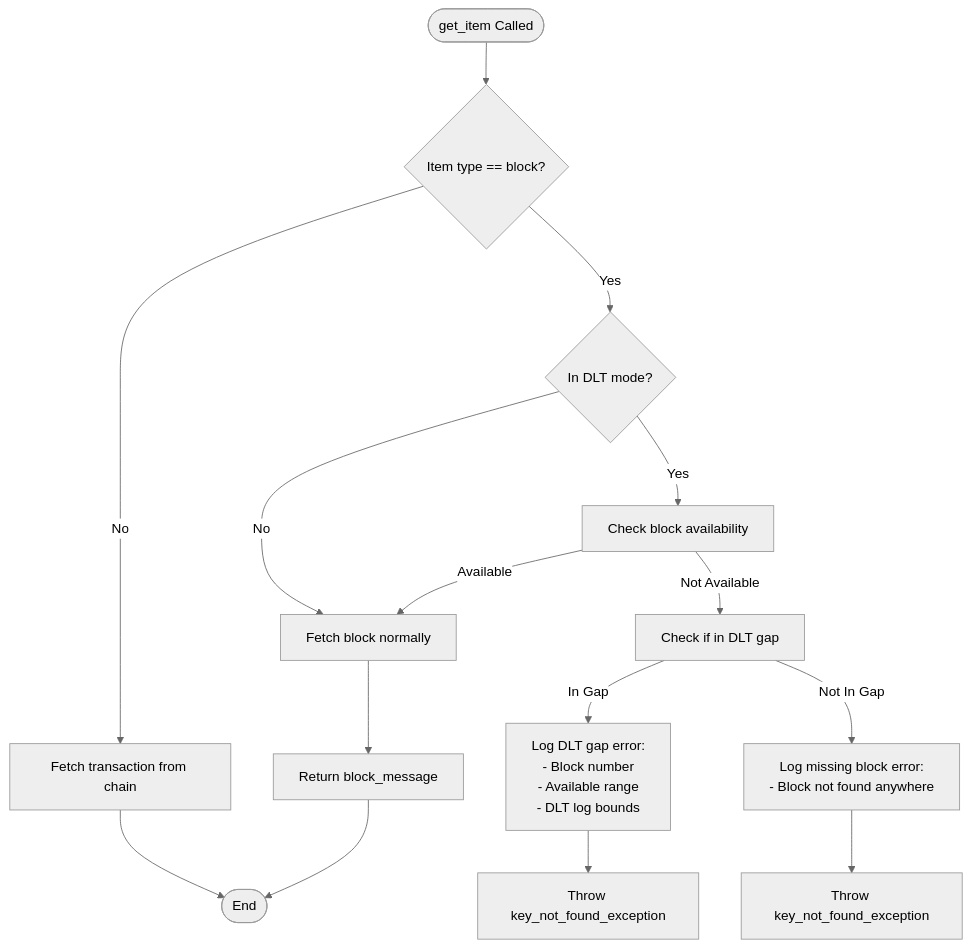
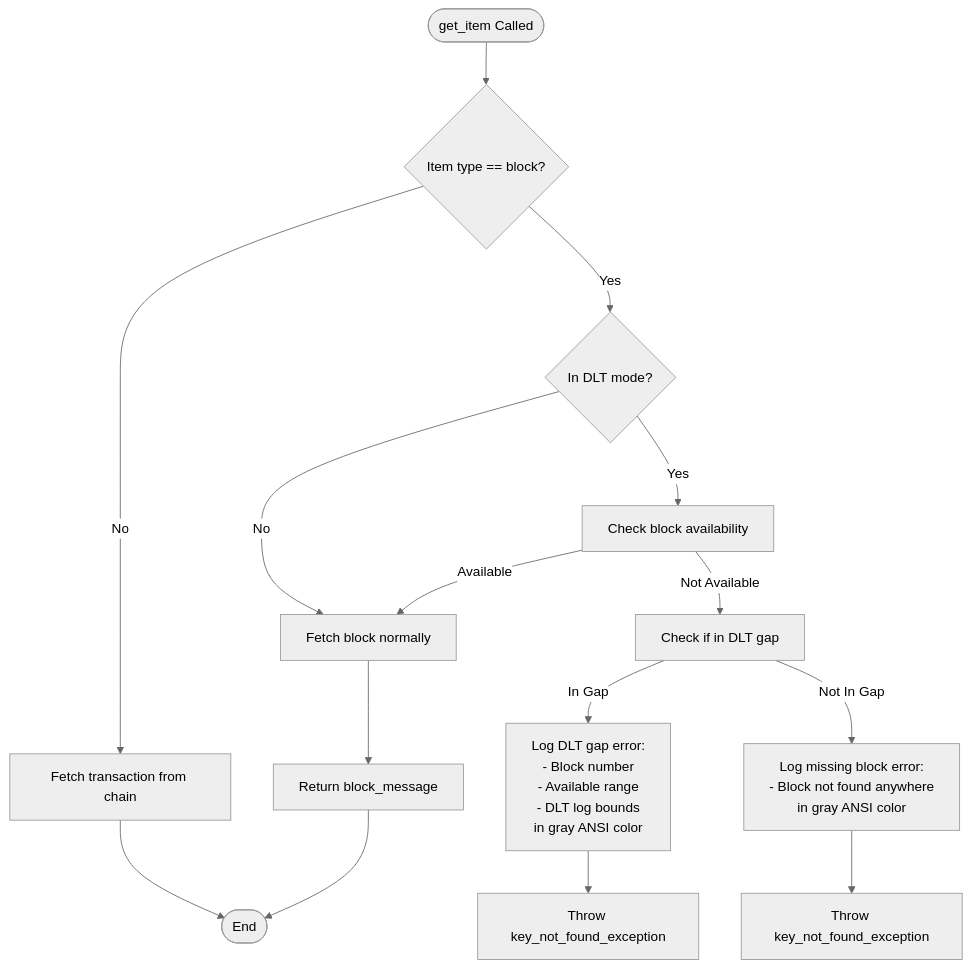
Before and after one commit to VIZ-Blockchain/viz-cpp-node: the tenth of 36 diagrams in .qoder/repowiki/en/content/P2p Plugin.md, drawn with Mermaid (neutral theme). The commit also changed other lines of this file and 3 other files, not shown here.

````diff
--- a/.qoder/repowiki/en/content/P2p Plugin.md
+++ b/.qoder/repowiki/en/content/P2p Plugin.md
@@ -485,17 +498,17 @@
 ```mermaid
 flowchart TD
 Start([get_item Called]) --> CheckItemType{"Item type == block?"}
 CheckItemType --> |No| FetchTx["Fetch transaction from chain"]
 CheckItemType --> |Yes| CheckDLT{"In DLT mode?"}
 CheckDLT --> |No| FetchBlock["Fetch block normally"]
 CheckDLT --> |Yes| CheckAvailability["Check block availability"]
 CheckAvailability --> |Available| FetchBlock
 CheckAvailability --> |Not Available| CheckGap["Check if in DLT gap"]
-CheckGap --> |In Gap| LogGapError["Log DLT gap error:<br/>- Block number<br/>- Available range<br/>- DLT log bounds"]
-CheckGap --> |Not In Gap| LogMissingError["Log missing block error:<br/>- Block not found anywhere"]
+CheckGap --> |In Gap| LogGapError["Log DLT gap error:<br/>- Block number<br/>- Available range<br/>- DLT log bounds<br/>in gray ANSI color"]
+CheckGap --> |Not In Gap| LogMissingError["Log missing block error:<br/>- Block not found anywhere<br/>in gray ANSI color"]
 LogGapError --> ThrowGapException["Throw key_not_found_exception"]
 LogMissingError --> ThrowMissingException["Throw key_not_found_exception"]
 FetchTx --> End([End])
 FetchBlock --> ReturnBlock["Return block_message"]
 ReturnBlock --> End
 ```
````
